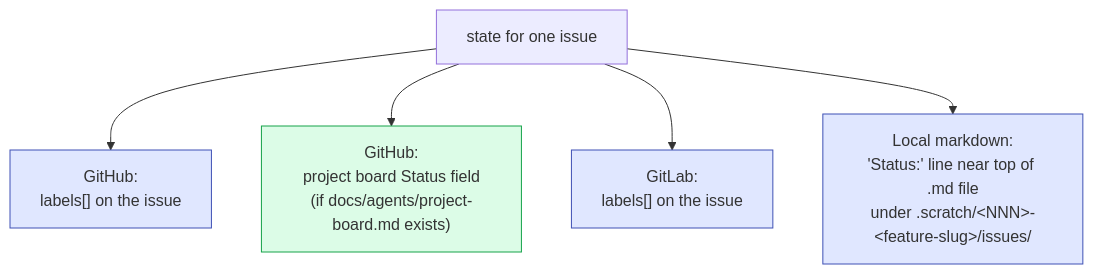
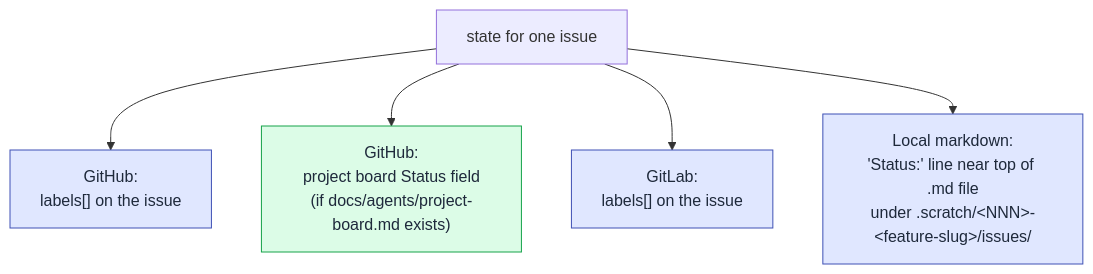
One commit to ZunoSmartLabs/zsl-superpowers changed the second of 2 diagrams in docs/concepts/state-machine.md. Above: the diagram before and after it, drawn with Mermaid. The commit also changed 8 other files, not shown here.

First line of the commit message:
docs(remote-agents): add scheduling rationale + fix dark-mode diagram text

````diff
--- a/docs/concepts/state-machine.md
+++ b/docs/concepts/state-machine.md
@@ -98,13 +98,13 @@
 ```mermaid
 flowchart TB
     state["state for one issue"]
     state --> gh_label["GitHub:<br/>labels[] on the issue"]
     state --> gh_board["GitHub:<br/>project board Status field<br/>(if docs/agents/project-board.md exists)"]
     state --> gl_label["GitLab:<br/>labels[] on the issue"]
     state --> local["Local markdown:<br/>'Status:' line near top of .md file<br/>under .scratch/&lt;NNN&gt;-&lt;feature-slug&gt;/issues/"]
 
-    classDef src fill:#e0e7ff,stroke:#3f51b5;
-    classDef mirror fill:#dcfce7,stroke:#16a34a;
+    classDef src fill:#e0e7ff,stroke:#3f51b5,color:#1e293b;
+    classDef mirror fill:#dcfce7,stroke:#16a34a,color:#1e293b;
     class gh_label,gl_label,local src
     class gh_board mirror
 ```
````
